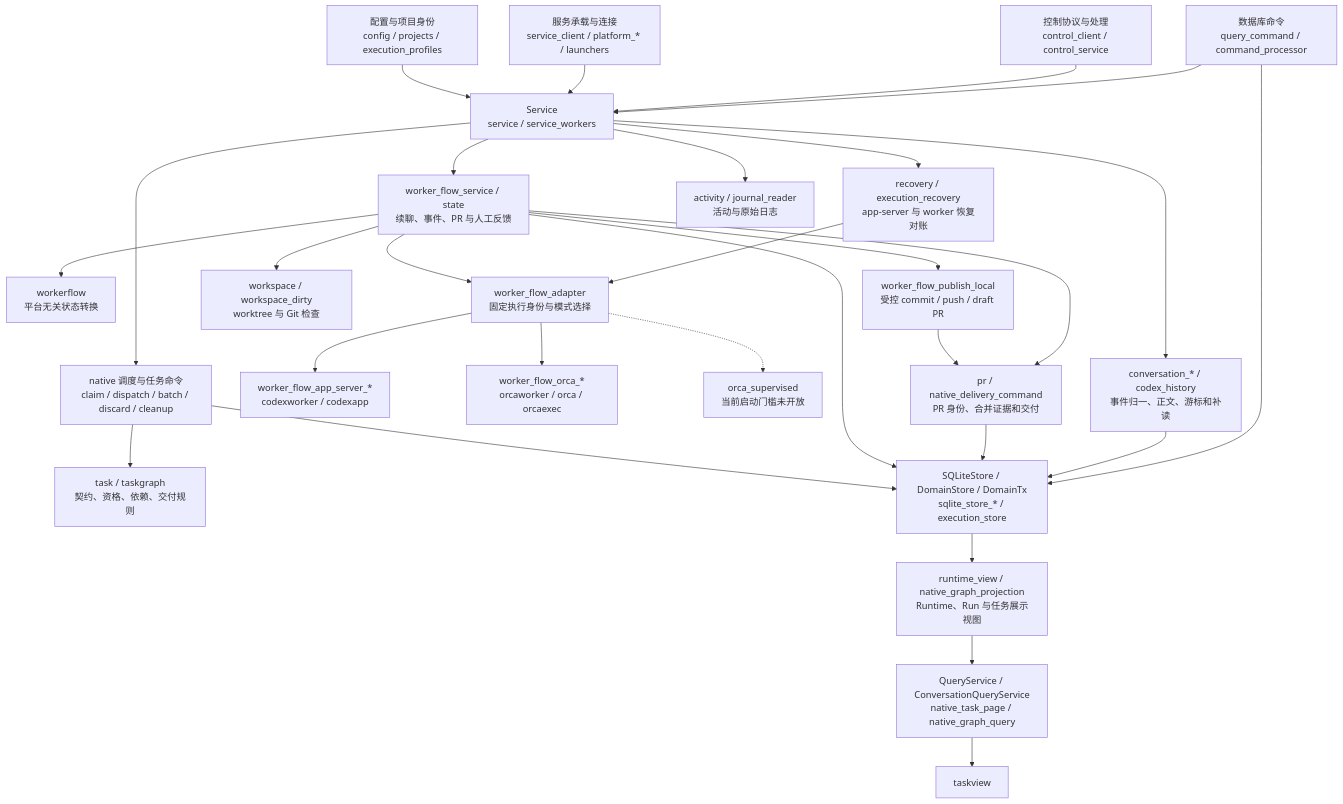
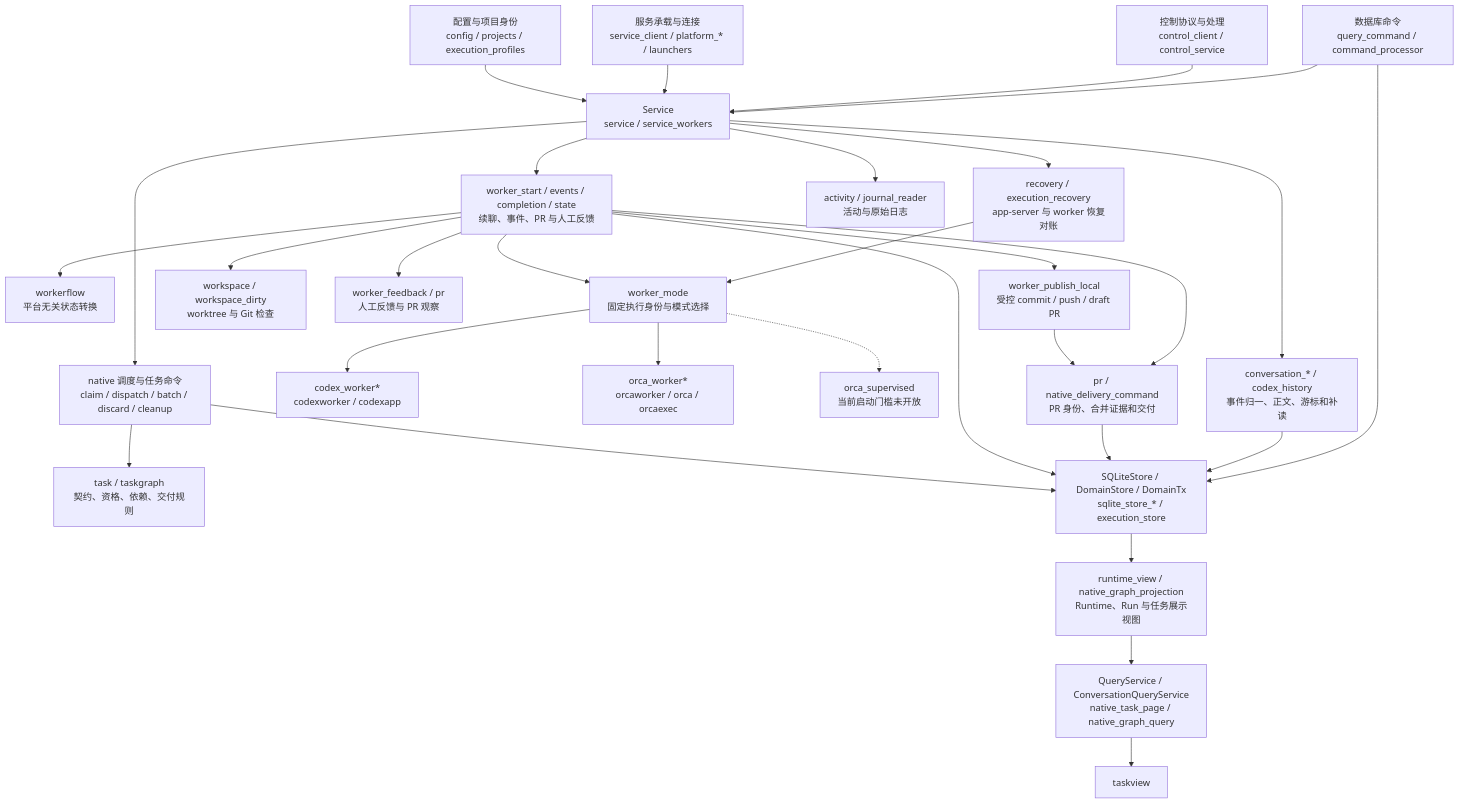
Before and after one commit to erranliu/SteerLine: the third of 7 diagrams in docs/architecture/current-code-architecture.md, drawn with Mermaid. The commit also changed other lines of this file and 64 other files, not shown here.

````diff
--- a/docs/architecture/current-code-architecture.md
+++ b/docs/architecture/current-code-architecture.md
@@ -117,31 +115,32 @@
 ```mermaid
 flowchart TB
     Config["配置与项目身份<br/>config / projects / execution_profiles"] --> Service["Service<br/>service / service_workers"]
     Lifecycle["服务承载与连接<br/>service_client / platform_* / launchers"] --> Service
     Control["控制协议与处理<br/>control_client / control_service"] --> Service
     Commands["数据库命令<br/>query_command / command_processor"] --> Service
     Service --> Native["native 调度与任务命令<br/>claim / dispatch / batch / discard / cleanup"]
     Native --> Rules["task / taskgraph<br/>契约、资格、依赖、交付规则"]
-    Service --> Flow["worker_flow_service / state<br/>续聊、事件、PR 与人工反馈"]
+    Service --> Flow["worker_start / events / completion / state<br/>续聊、事件、PR 与人工反馈"]
     Flow --> FlowRules["workerflow<br/>平台无关状态转换"]
-    Flow --> Binding["worker_flow_adapter<br/>固定执行身份与模式选择"]
-    Binding --> Local["worker_flow_app_server_*<br/>codexworker / codexapp"]
-    Binding --> Orca["worker_flow_orca_*<br/>orcaworker / orca / orcaexec"]
+    Flow --> Binding["worker_mode<br/>固定执行身份与模式选择"]
+    Binding --> Local["codex_worker*<br/>codexworker / codexapp"]
+    Binding --> Orca["orca_worker*<br/>orcaworker / orca / orcaexec"]
     Binding -.-> Supervised["orca_supervised<br/>当前启动门槛未开放"]
     Flow --> Workspace["workspace / workspace_dirty<br/>worktree 与 Git 检查"]
-    Flow --> Publish["worker_flow_publish_local<br/>受控 commit / push / draft PR"]
+    Flow --> Feedback["worker_feedback / pr<br/>人工反馈与 PR 观察"]
+    Flow --> Publish["worker_publish_local<br/>受控 commit / push / draft PR"]
     Publish --> PR["pr / native_delivery_command<br/>PR 身份、合并证据和交付"]
     Flow --> PR
     Service --> Recovery["recovery / execution_recovery<br/>app-server 与 worker 恢复对账"]
     Recovery --> Binding
     Service --> Conversation["conversation_* / codex_history<br/>事件归一、正文、游标和补读"]
     Service --> Activity["activity / journal_reader<br/>活动与原始日志"]
     Native --> Store["SQLiteStore / DomainStore / DomainTx<br/>sqlite_store_* / execution_store"]
     Flow --> Store
     PR --> Store
     Conversation --> Store
     Commands --> Store
     Store --> Projection["runtime_view / native_graph_projection<br/>Runtime、Run 与任务展示视图"]
     Projection --> Query["QueryService / ConversationQueryService<br/>native_task_page / native_graph_query"]
     Query --> ViewRules["taskview"]
 ```
````
